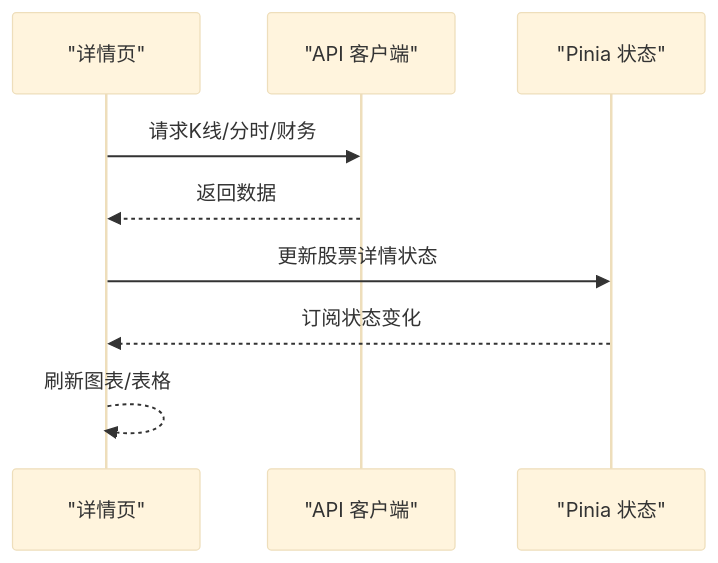
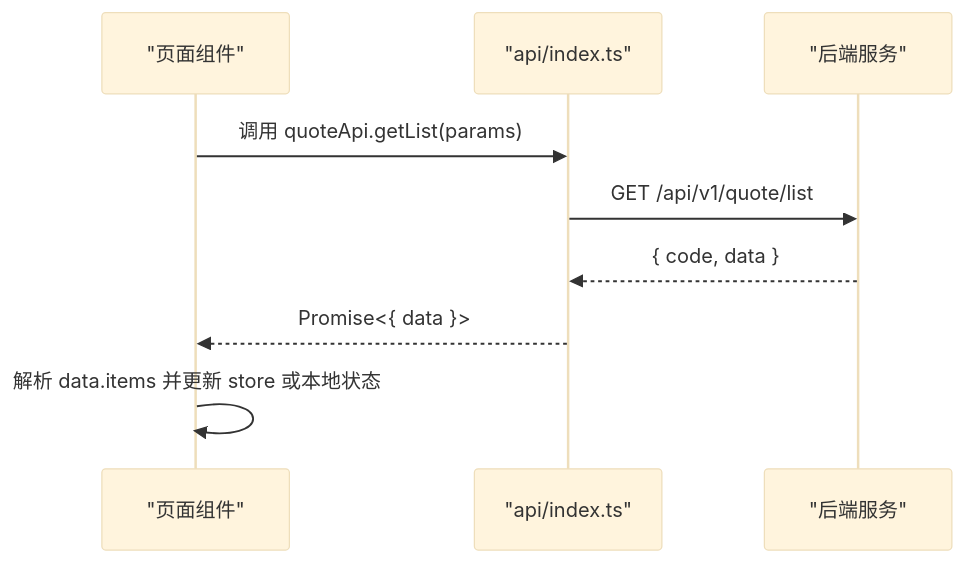
The fourth of 10 diagrams in .qoder/repowiki/zh/content/前端开发/前端开发.md (We3le7/stock-view), drawn with Mermaid (base theme) before and after one commit. The commit also changed other lines of this file and 142 other files, not shown here.

````diff
--- a/.qoder/repowiki/zh/content/前端开发/前端开发.md
+++ b/.qoder/repowiki/zh/content/前端开发/前端开发.md
@@ -193,11 +179,11 @@
 ```mermaid
 sequenceDiagram
-participant P as "详情页"
-participant A as "API 客户端"
-participant S as "Pinia 状态"
-P->>A : 请求K线/分时/财务
-A-->>P : 返回数据
-P->>S : 更新股票详情状态
-S-->>P : 订阅状态变化
-P-->>P : 刷新图表/表格
+participant Page as "页面组件"
+participant API as "api/index.ts"
+participant Srv as "后端服务"
+Page->>API : 调用 quoteApi.getList(params)
+API->>Srv : GET /api/v1/quote/list
+Srv-->>API : { code, data }
+API-->>Page : Promise<{ data }>
+Page->>Page : 解析 data.items 并更新 store 或本地状态
 ```
````
